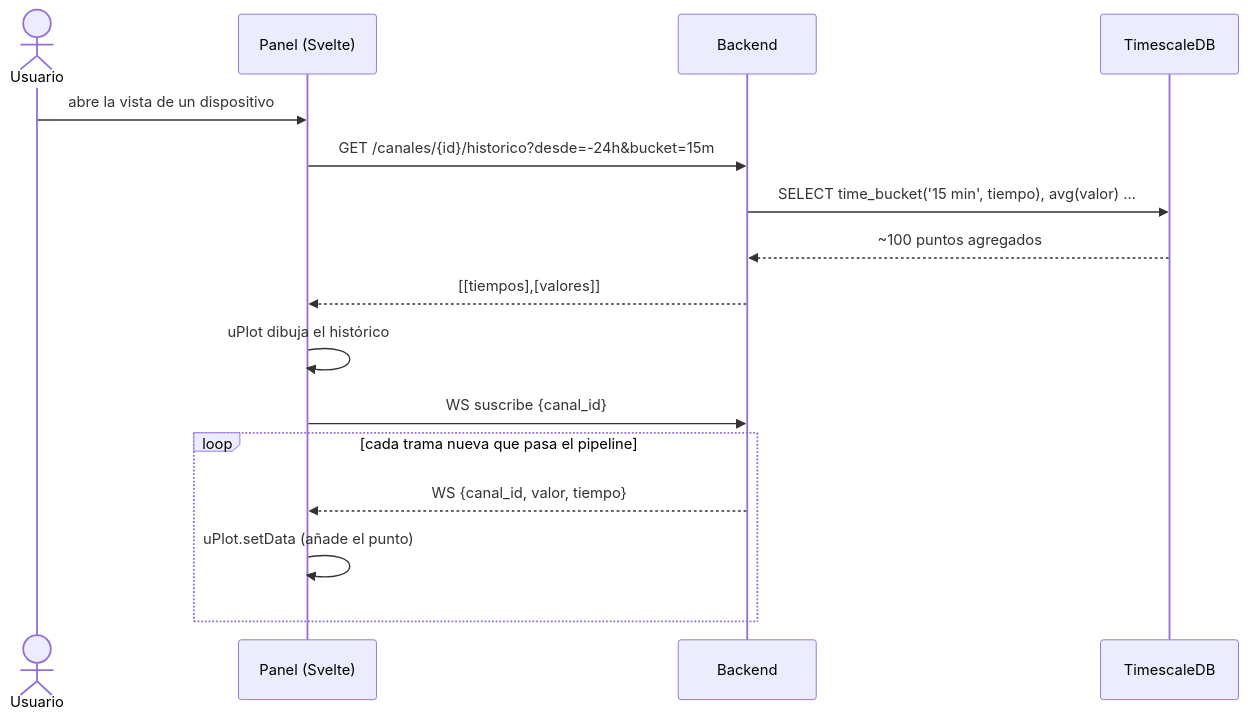
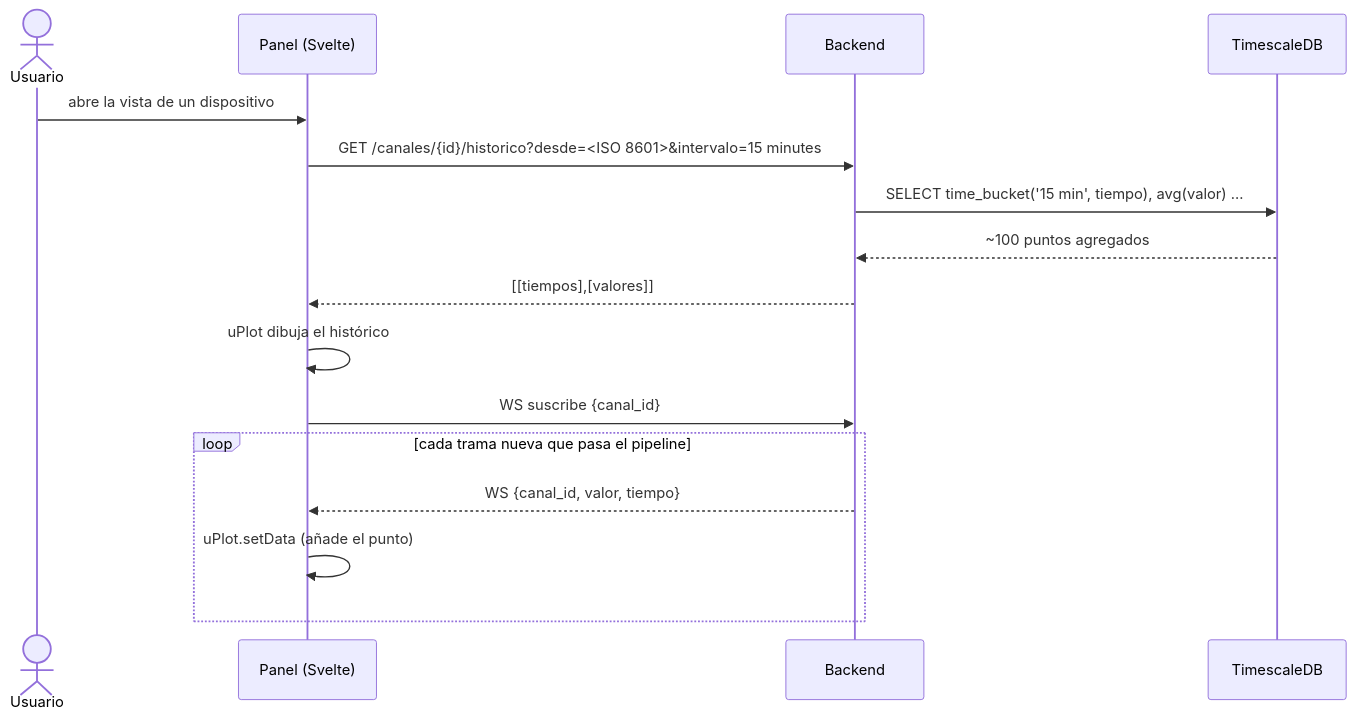
The fifth of 6 diagrams in docs/10-arquitectura.md (vicenterami/tesis), drawn with Mermaid before and after one commit. The commit also changed other lines of this file and 7 other files, not shown here.

````diff
--- a/docs/10-arquitectura.md
+++ b/docs/10-arquitectura.md
@@ -336,19 +336,19 @@
 ```mermaid
 sequenceDiagram
     actor U as Usuario
     participant FE as Panel (Svelte)
     participant API as Backend
     participant DB as TimescaleDB
 
     U->>FE: abre la vista de un dispositivo
-    FE->>API: GET /canales/{id}/historico?desde=-24h&bucket=15m
+    FE->>API: GET /canales/{id}/historico?desde=<ISO 8601>&intervalo=15 minutes
     API->>DB: SELECT time_bucket('15 min', tiempo), avg(valor) …
     DB-->>API: ~100 puntos agregados
     API-->>FE: [[tiempos],[valores]]
     FE->>FE: uPlot dibuja el histórico
     FE->>API: WS suscribe {canal_id}
     loop cada trama nueva que pasa el pipeline
         API-->>FE: WS {canal_id, valor, tiempo}
         FE->>FE: uPlot.setData (añade el punto)
     end
 ```
````
